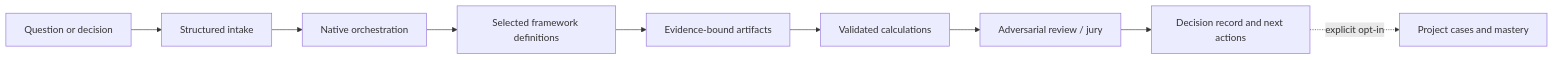
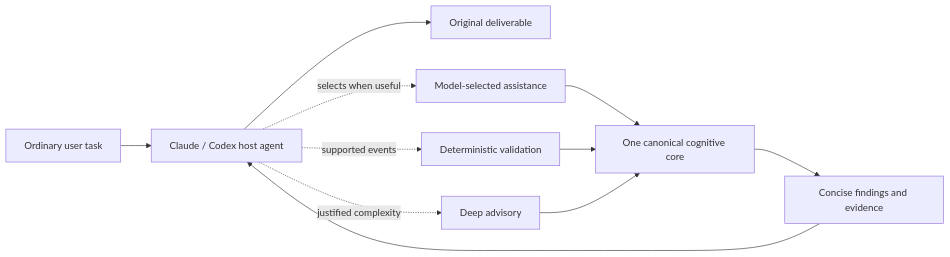
Before and after one commit to azoghry-commits/Cognition-OS: the diagram in README.md, drawn with Mermaid. The commit also changed other lines of this file, not shown here.

Commit message:
docs: make README English and clarify agent-facing purpose

````diff
--- a/README.md
+++ b/README.md
@@ -50,11 +54,13 @@
 ```mermaid
 flowchart LR
-    Q[Question or decision] --> I[Structured intake]
-    I --> O[Native orchestration]
-    O --> F[Selected framework definitions]
-    F --> A[Evidence-bound artifacts]
-    A --> C[Validated calculations]
-    C --> R[Adversarial review / jury]
-    R --> D[Decision record and next actions]
-    D -. explicit opt-in .-> M[Project cases and mastery]
+    U[Ordinary user task] --> H[Claude / Codex host agent]
+    H --> D[Original deliverable]
+    H -. selects when useful .-> A[Model-selected assistance]
+    H -. supported events .-> B[Deterministic validation]
+    H -. justified complexity .-> C[Deep advisory]
+    A --> K[One canonical cognitive core]
+    B --> K
+    C --> K
+    K --> F[Concise findings and evidence]
+    F --> H
 ```
````
